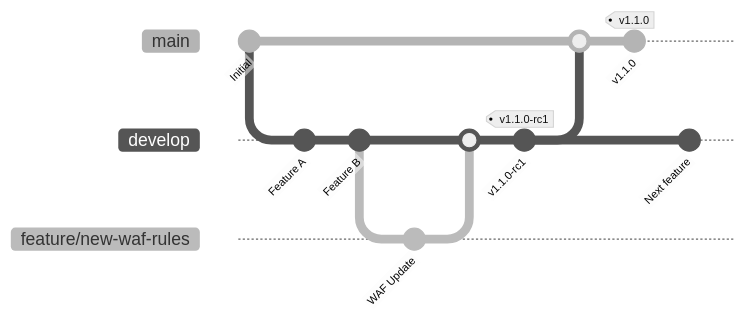
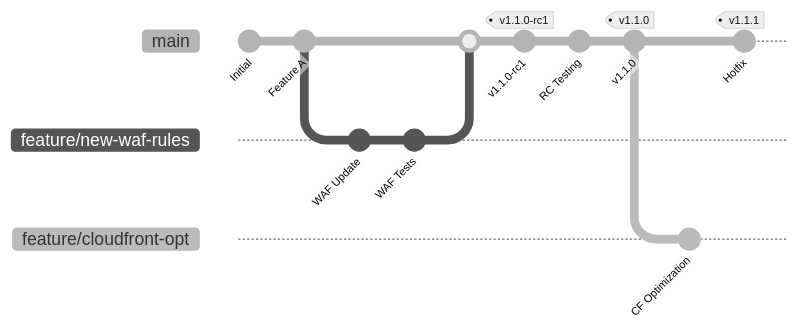
Before and after one commit to Celtikill/static-site: the first of 2 diagrams in docs/guides/version-management.md, drawn with Mermaid (neutral theme). The commit also changed other lines of this file and 32 other files, not shown here.

Commit message:
architecture docs update

````diff
--- a/docs/guides/version-management.md
+++ b/docs/guides/version-management.md
@@ -35,19 +35,23 @@
 ```mermaid
 gitGraph
+    %% Accessibility
+    accTitle: Git-Based Version Management Flow
+    accDescr: Shows actual git workflow with main branch and feature branches. Feature branches are created from main, merged back to main via PR, then tagged for releases. RC tags trigger staging deployments, stable tags trigger production deployments.
+    
     commit id: "Initial"
-    branch develop
-    checkout develop
     commit id: "Feature A"
-    commit id: "Feature B"
     branch feature/new-waf-rules
     checkout feature/new-waf-rules
     commit id: "WAF Update"
-    checkout develop
+    commit id: "WAF Tests"
+    checkout main
     merge feature/new-waf-rules
     commit id: "v1.1.0-rc1" tag: "v1.1.0-rc1"
+    commit id: "RC Testing"
+    commit id: "v1.1.0" tag: "v1.1.0"
+    branch feature/cloudfront-opt
+    checkout feature/cloudfront-opt
+    commit id: "CF Optimization"
     checkout main
-    merge develop
-    commit id: "v1.1.0" tag: "v1.1.0"
-    checkout develop
-    commit id: "Next feature"
+    commit id: "Hotfix" tag: "v1.1.1"
 ```
````
